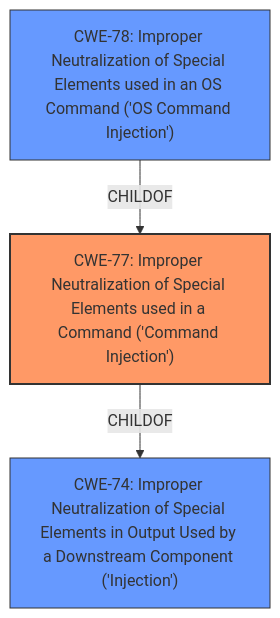
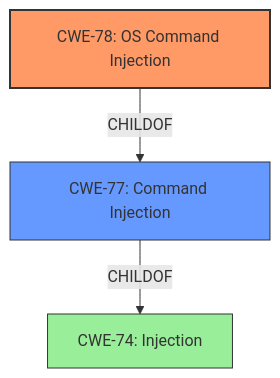
One commit to CyberSecAI/cwe_agent_assign_reports_2023 changed the diagram in CVE-2021-22899/CVE-2021-22899_analysis.md. Above: the diagram before and after it, drawn with Mermaid. The commit also changed other lines of this file and 902 other files, not shown here.

````diff
--- a/CVE-2021-22899/CVE-2021-22899_analysis.md
+++ b/CVE-2021-22899/CVE-2021-22899_analysis.md
@@ -16,14 +16,16 @@
 ```mermaid
 graph TD
-    cwe77["CWE-77: Improper Neutralization of Special Elements used in a Command ('Command Injection')"]
-    cwe74["CWE-74: Improper Neutralization of Special Elements in Output Used by a Downstream Component ('Injection')"]
-    cwe78["CWE-78: Improper Neutralization of Special Elements used in an OS Command ('OS Command Injection')"]
+    cwe78["CWE-78: OS Command Injection"]
+    cwe77["CWE-77: Command Injection"]
+    cwe74["CWE-74: Injection"]
 
+    cwe78 -->|CHILDOF| cwe77
     cwe77 -->|CHILDOF| cwe74
-    cwe78 -->|CHILDOF| cwe77
 
     classDef primary fill:#f96,stroke:#333,stroke-width:2px
     classDef secondary fill:#69f,stroke:#333
-    class cwe77 primary
-    class cwe74,cwe78 secondary
+    classDef tertiary fill:#9e9,stroke:#333
+    class cwe78 primary
+    class cwe77 secondary
+    class cwe74 tertiary
 ```
````
